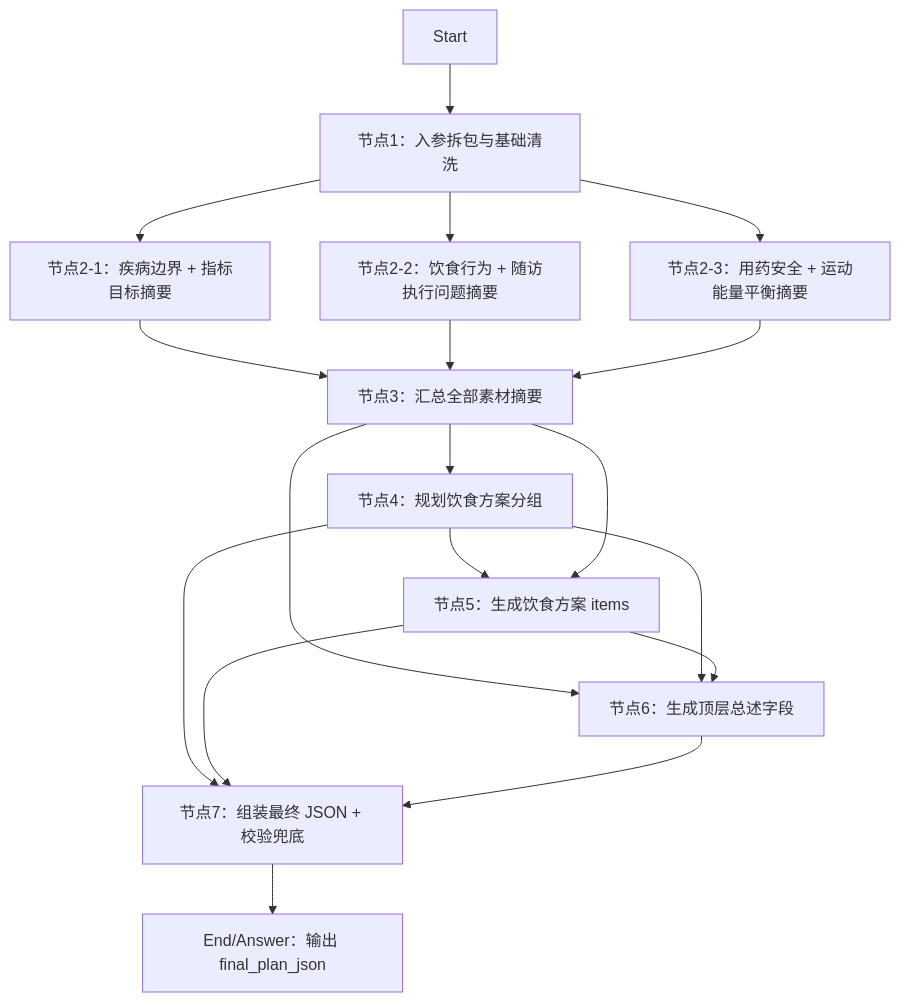
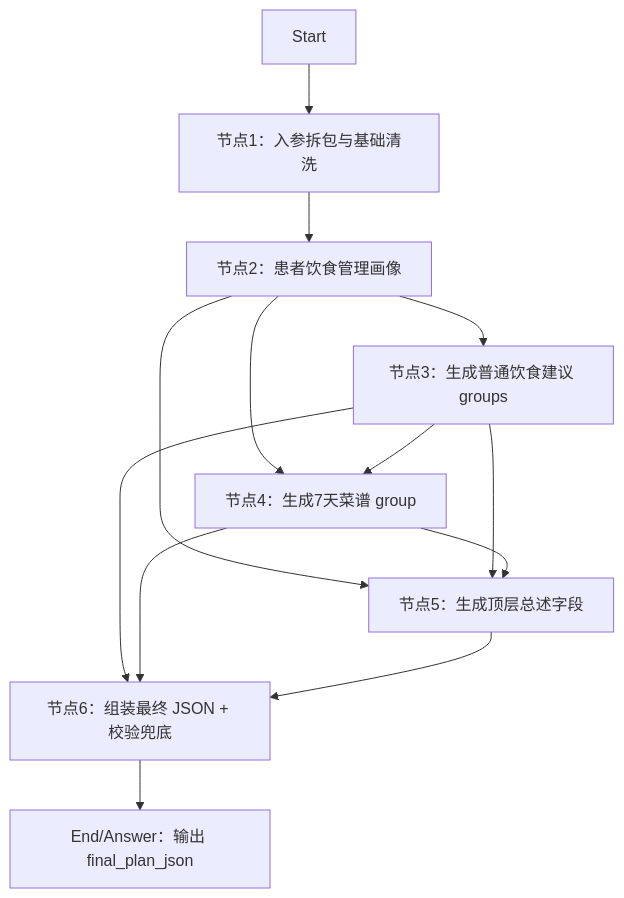
One commit to tristankeyima-beep/hcare changed the diagram in 【专项】干预方案/02-DIFY工程/DIFY工程-AI干预方案-饮食方案/README.md. Above: the diagram before and after it, drawn with Mermaid. The commit also changed other lines of this file and 21 other files, not shown here.

````diff
--- a/【专项】干预方案/02-DIFY工程/DIFY工程-AI干预方案-饮食方案/README.md
+++ b/【专项】干预方案/02-DIFY工程/DIFY工程-AI干预方案-饮食方案/README.md
@@ -13,25 +13,19 @@
 ```mermaid
 flowchart TB
   A["Start"] --> B["节点1：入参拆包与基础清洗"]
 
-  B --> C1["节点2-1：疾病边界 + 指标目标摘要"]
-  B --> C2["节点2-2：饮食行为 + 随访执行问题摘要"]
-  B --> C3["节点2-3：用药安全 + 运动能量平衡摘要"]
+  B --> C["节点2：患者饮食管理画像"]
 
-  C1 --> D["节点3：汇总全部素材摘要"]
-  C2 --> D
-  C3 --> D
+  C --> D["节点3：生成普通饮食建议 groups"]
+  C --> E["节点4：生成7天菜谱 group"]
+  D --> E
 
-  D --> E["节点4：规划饮食方案分组"]
-  E --> F["节点5：生成饮食方案 items"]
+  C --> F["节点5：生成顶层总述字段"]
   D --> F
+  E --> F
 
-  D --> G["节点6：生成顶层总述字段"]
+  D --> G["节点6：组装最终 JSON + 校验兜底"]
   E --> G
   F --> G
-
-  E --> H["节点7：组装最终 JSON + 校验兜底"]
-  F --> H
-  G --> H
-  H --> I["End/Answer：输出 final_plan_json"]
+  G --> H["End/Answer：输出 final_plan_json"]
 ```
````
